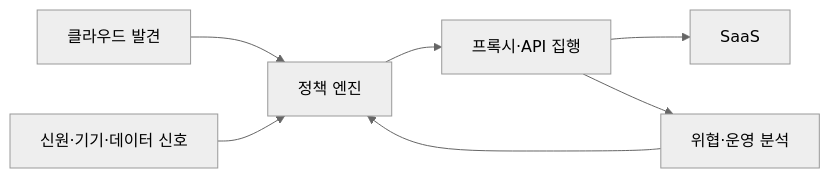
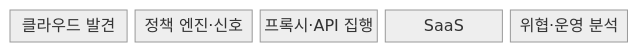
One commit to agnusdei1207/knowledge-base changed the first of 2 diagrams in src/content/docs/notes/05-security/072_casb.md. Above: the diagram before and after it, drawn with Mermaid (neutral theme). The commit also changed other lines of this file and 4 other files, not shown here.

````diff
--- a/src/content/docs/notes/05-security/072_casb.md
+++ b/src/content/docs/notes/05-security/072_casb.md
@@ -62,9 +61,9 @@
 ```mermaid
-flowchart LR
-    A[클라우드 발견] --> B[정책 엔진]
-    C[신원·기기·데이터 신호] --> B
-    B --> D[프록시·API 집행]
-    D --> E[SaaS]
-    F[위협·운영 분석] --> B
-    D --> F
+block-beta
+  columns 5
+  A["클라우드 발견"]
+  B["정책 엔진·신호"]
+  C["프록시·API 집행"]
+  D["SaaS"]
+  E["위협·운영 분석"]
 ```
````
